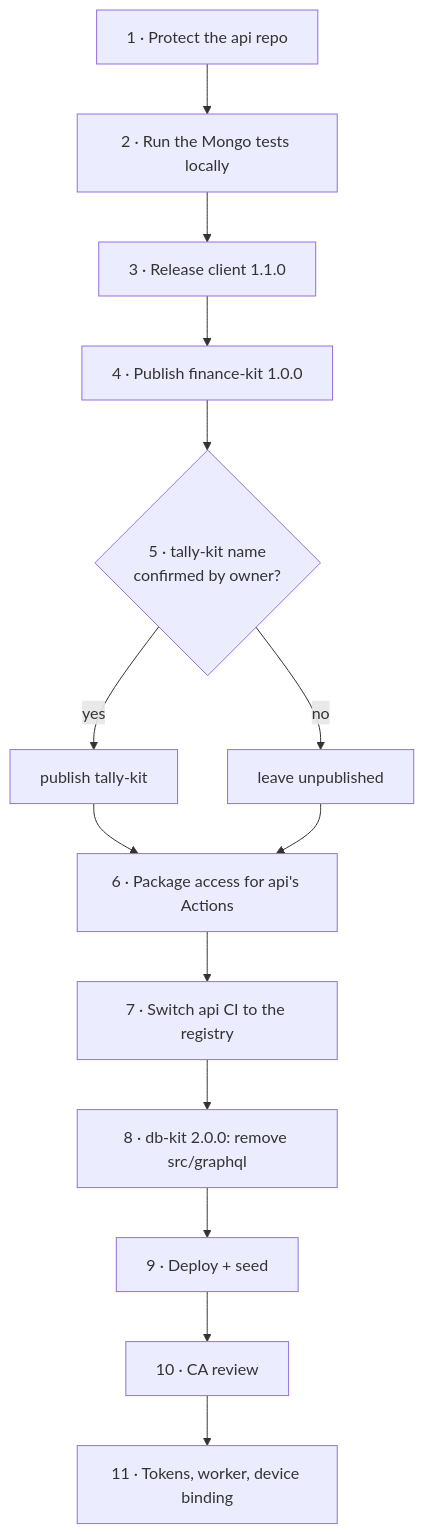
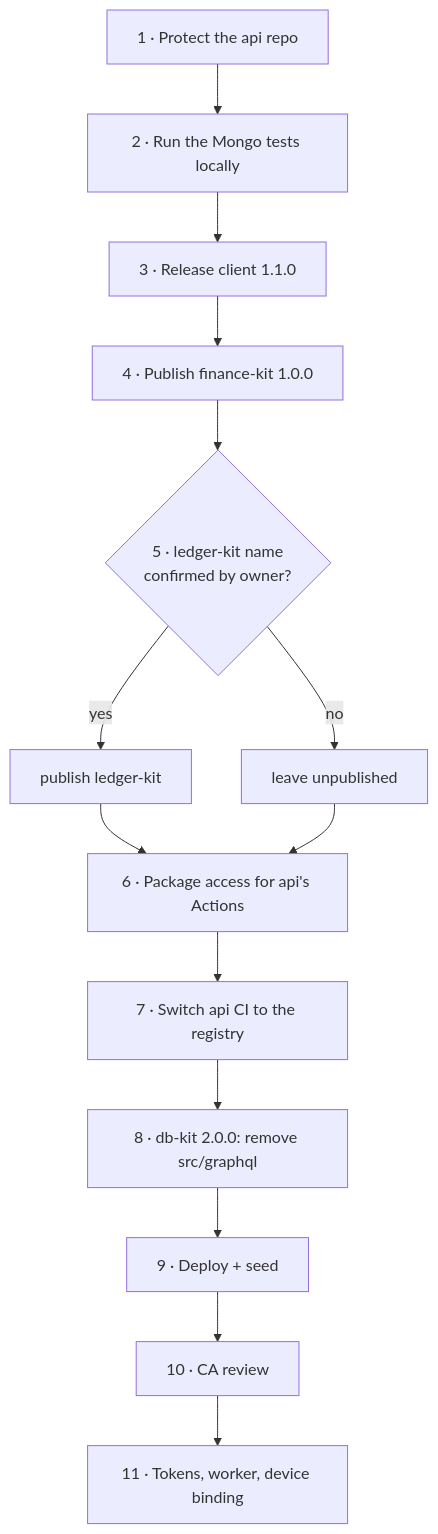
The diagram in docs/LOCAL-AGENT-BRIEF.md (mgpl-diagnostics/api), drawn with Mermaid before and after one commit. The commit also changed other lines of this file and 23 other files, not shown here.

First line of the commit message:
feat: kits from GitHub Packages; ledger-kit; db-kit 2.0.0 (#7)

````diff
--- a/docs/LOCAL-AGENT-BRIEF.md
+++ b/docs/LOCAL-AGENT-BRIEF.md
@@ -11,15 +11,15 @@
 ```mermaid
 flowchart TD
   A["1 · Protect the api repo"] --> B["2 · Run the Mongo tests locally"]
   B --> C["3 · Release client 1.1.0"]
   C --> D["4 · Publish finance-kit 1.0.0"]
-  D --> E{"5 · tally-kit name<br/>confirmed by owner?"}
-  E -- yes --> F["publish tally-kit"]
+  D --> E{"5 · ledger-kit name<br/>confirmed by owner?"}
+  E -- yes --> F["publish ledger-kit"]
   E -- no --> G["leave unpublished"]
   F & G --> H["6 · Package access for api's Actions"]
   H --> I["7 · Switch api CI to the registry"]
   I --> J["8 · db-kit 2.0.0: remove src/graphql"]
   J --> K["9 · Deploy + seed"]
   K --> L["10 · CA review"]
   L --> M["11 · Tokens, worker, device binding"]
 ```
````
